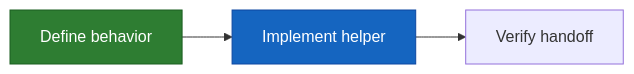
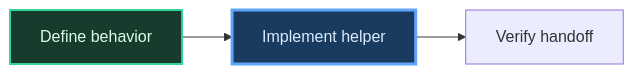
Before and after one commit to jjanyan/joshix: the diagram in skills/using-joshix/references/progress-dag.md, drawn with Mermaid. The commit also changed other lines of this file and 10 other files, not shown here.

First line of the commit message:
feat(progress-dag): add dark Mermaid PNG renderer

````diff
--- a/skills/using-joshix/references/progress-dag.md
+++ b/skills/using-joshix/references/progress-dag.md
@@ -42,9 +42,9 @@
 ```mermaid
 flowchart LR
   T1["Define behavior"] --> T2["Implement helper"]
   T2 --> T3["Verify handoff"]
-  classDef done fill:#2e7d32,color:#fff,stroke:#1b5e20
-  classDef active fill:#1565c0,color:#fff,stroke:#0d47a1
+  classDef done fill:#173b2c,stroke:#34d399,color:#dcfce7,stroke-width:2px
+  classDef active fill:#183b5f,stroke:#60a5fa,color:#dbeafe,stroke-width:3px
   class T1 done
   class T2 active
 ```
````
